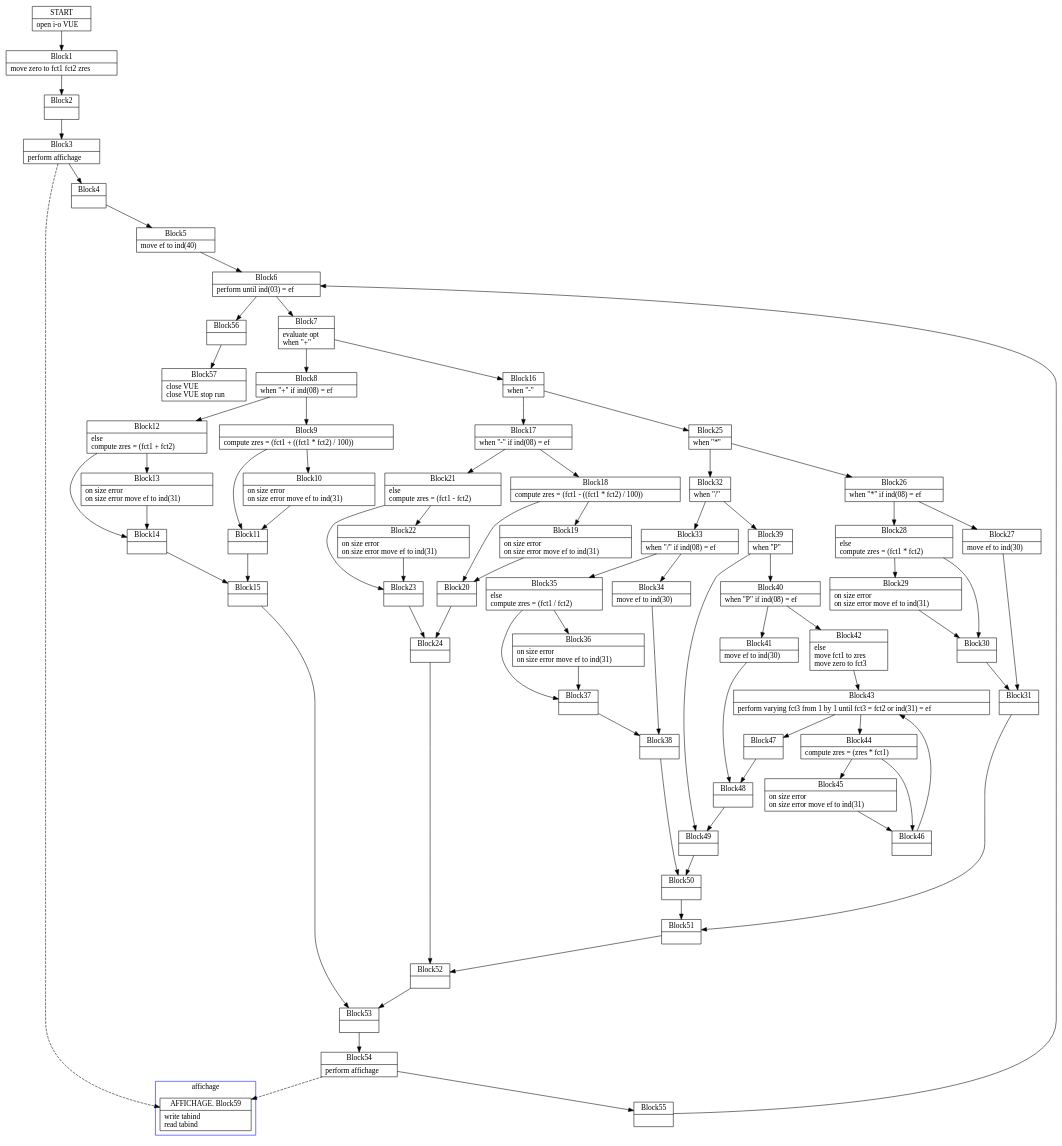
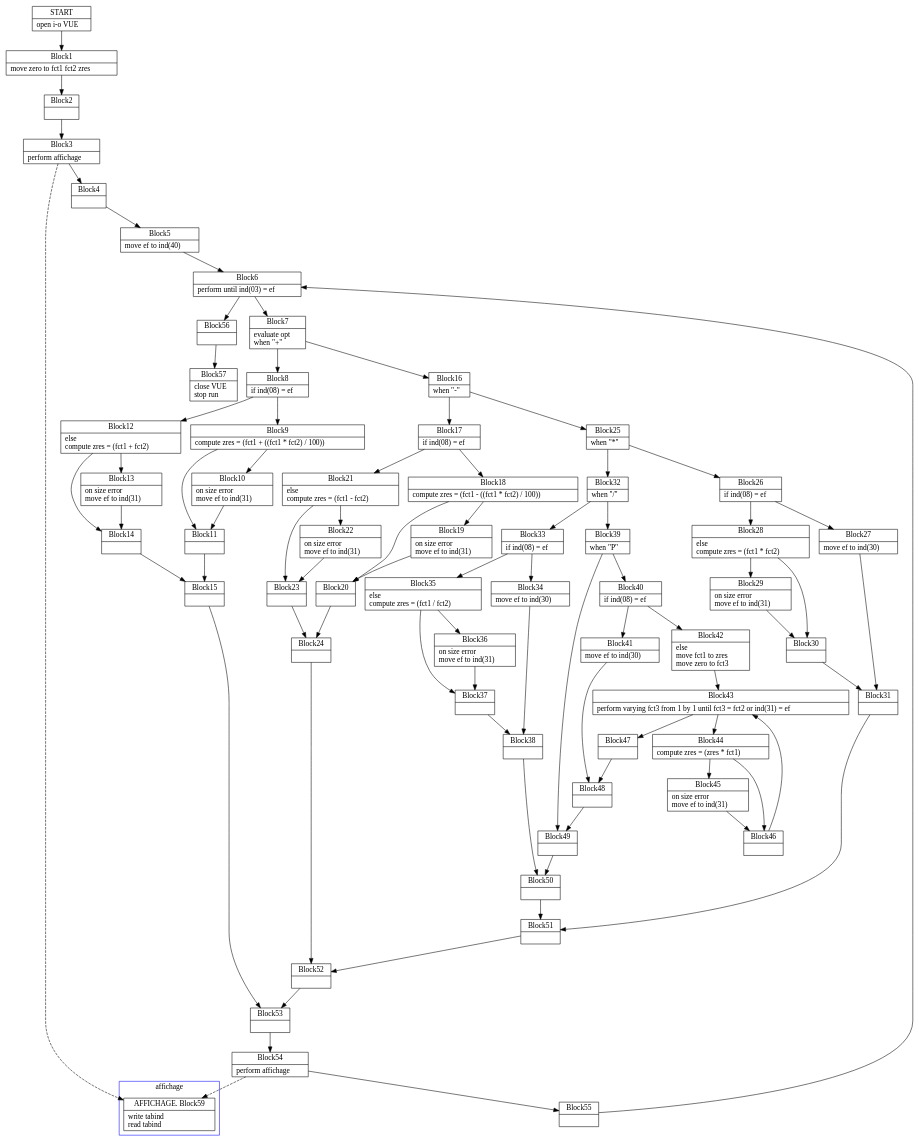
Before and after one commit to TypeCobolTeam/TypeCobol: the diagram in TypeCobol.Analysis.Test/DotOutput/MixPeformEvaluateIf0.dot, drawn with Graphviz. The commit also changed 7 other files, not shown here.

```diff
--- a/TypeCobol.Analysis.Test/DotOutput/MixPeformEvaluateIf0.dot
+++ b/TypeCobol.Analysis.Test/DotOutput/MixPeformEvaluateIf0.dot
@@ -42,13 +42,13 @@
 label = "{Block7|      evaluate opt\l      when \"+\"\l}"
 ]
 Block8 [
-label = "{Block8|      when \"+\" if ind(08) = ef\l}"
+label = "{Block8|               if ind(08) = ef\l}"
 ]
 Block9 [
 label = "{Block9|                  compute zres = (fct1 + ((fct1 * fct2) / 100))\l}"
 ]
 Block10 [
-label = "{Block10|                  on size error\l                  on size error move ef to ind(31)\l}"
+label = "{Block10|                  on size error\l                                move ef to ind(31)\l}"
 ]
 Block11 [
 label = "{Block11|}"
@@ -79,7 +79,7 @@
 label = "{Block12|               else\l                  compute zres = (fct1 + fct2)\l}"
 ]
 Block13 [
-label = "{Block13|                  on size error\l                  on size error move ef to ind(31)\l}"
+label = "{Block13|                  on size error\l                                move ef to ind(31)\l}"
 ]
 Block14 [
 label = "{Block14|}"
@@ -88,13 +88,13 @@
 label = "{Block16|      when \"-\"\l}"
 ]
 Block17 [
-label = "{Block17|      when \"-\" if ind(08) = ef\l}"
+label = "{Block17|               if ind(08) = ef\l}"
 ]
 Block18 [
 label = "{Block18|                  compute zres = (fct1 - ((fct1 * fct2) / 100))\l}"
 ]
 Block19 [
-label = "{Block19|                  on size error\l                  on size error move ef to ind(31)\l}"
+label = "{Block19|                  on size error\l                                move ef to ind(31)\l}"
 ]
 Block20 [
 label = "{Block20|}"
@@ -109,7 +109,7 @@
 label = "{Block21|               else\l                  compute zres = (fct1 - fct2)\l}"
 ]
 Block22 [
-label = "{Block22|                  on size error\l                  on size error move ef to ind(31)\l}"
+label = "{Block22|                  on size error\l                                move ef to ind(31)\l}"
 ]
 Block23 [
 label = "{Block23|}"
@@ -118,7 +118,7 @@
 label = "{Block25|      when \"*\"\l}"
 ]
 Block26 [
-label = "{Block26|      when \"*\" if ind(08) = ef\l}"
+label = "{Block26|               if ind(08) = ef\l}"
 ]
 Block27 [
 label = "{Block27|                  move ef to ind(30)\l}"
@@ -133,7 +133,7 @@
 label = "{Block28|               else\l                  compute zres = (fct1 * fct2)\l}"
 ]
 Block29 [
-label = "{Block29|                  on size error\l                  on size error move ef to ind(31)\l}"
+label = "{Block29|                  on size error\l                                move ef to ind(31)\l}"
 ]
 Block30 [
 label = "{Block30|}"
@@ -142,7 +142,7 @@
 label = "{Block32|      when \"/\"\l}"
 ]
 Block33 [
-label = "{Block33|      when \"/\" if ind(08) = ef\l}"
+label = "{Block33|               if ind(08) = ef\l}"
 ]
 Block34 [
 label = "{Block34|                  move ef to ind(30)\l}"
@@ -157,7 +157,7 @@
 label = "{Block35|               else\l                  compute zres = (fct1 / fct2)\l}"
 ]
 Block36 [
-label = "{Block36|                  on size error\l                  on size error move ef to ind(31)\l}"
+label = "{Block36|                  on size error\l                                move ef to ind(31)\l}"
 ]
 Block37 [
 label = "{Block37|}"
@@ -166,7 +166,7 @@
 label = "{Block39|      when \"P\"\l}"
 ]
 Block40 [
-label = "{Block40|      when \"P\" if ind(08) = ef\l}"
+label = "{Block40|               if ind(08) = ef\l}"
 ]
 Block41 [
 label = "{Block41|                  move ef to ind(30)\l}"
@@ -187,7 +187,7 @@
 label = "{Block44|                      compute zres = (zres * fct1)\l}"
 ]
 Block45 [
-label = "{Block45|                      on size error\l                      on size error move ef to ind(31)\l}"
+label = "{Block45|                      on size error\l                                    move ef to ind(31)\l}"
 ]
 Block46 [
 label = "{Block46|}"
@@ -199,7 +199,7 @@
 label = "{Block56|}"
 ]
 Block57 [
-label = "{Block57|    close VUE\l    close VUE stop run\l}"
+label = "{Block57|    close VUE\l              stop run\l}"
 ]
 Block0 -> Block1
 Block1 -> Block2
```
